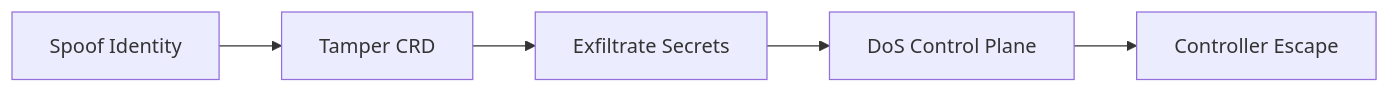
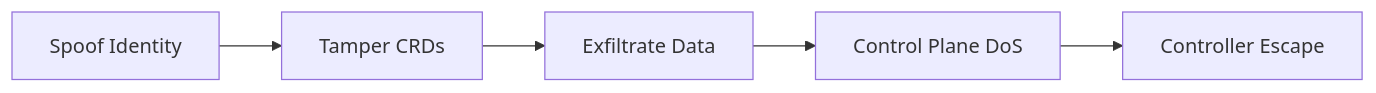
Before and after one commit to babywyrm/sysadmin: the eighth of 8 diagrams in openai/mcp/labs__.md, drawn with Mermaid. The commit also changed other lines of this file, not shown here.

````diff
--- a/openai/mcp/labs__.md
+++ b/openai/mcp/labs__.md
@@ -239,10 +228,10 @@
 ```mermaid
 flowchart LR
     S[Spoof Identity]
-    T[Tamper CRD]
-    I[Exfiltrate Secrets]
-    D[DoS Control Plane]
+    T[Tamper CRDs]
+    I[Exfiltrate Data]
+    D[Control Plane DoS]
     E[Controller Escape]
 
     S --> T --> I --> D --> E
 ```
````
